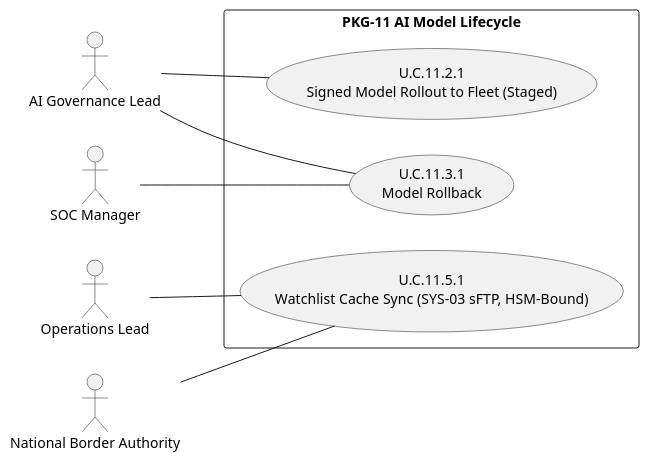
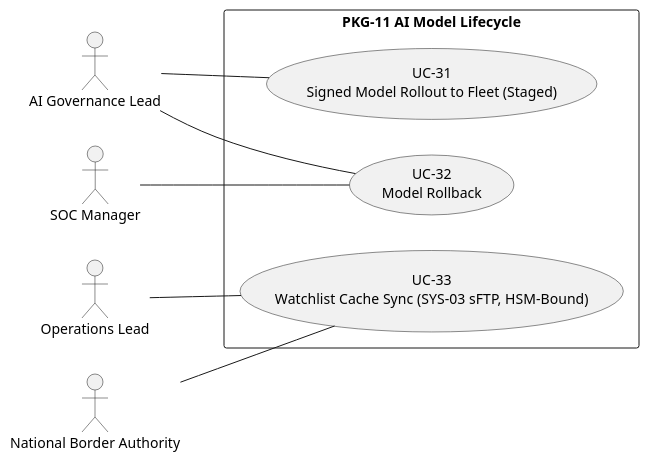
The fifth of 6 diagrams in 02_CASES/Case_02_SecureBorder_Solutions/03_PHASE3_DECOMPOSITION/annexes/A_Use_Case_Diagrams.md (pauloribeiro16/Methodology_compact), drawn with PlantUML before and after one commit. The commit also changed other lines of this file and 22 other files, not shown here.

Commit message:
[EXECUTOR] F3 RENUMBER Case_02: U.C.x flattened → UC-01..36 (compliance 01..15 + product 16..36), two-phase, 12 files, 6 SVGs re-rendered, xlsx regenerated; gates: pre-existing FAILs only, audit 100%, mermaid 192/192, smoke 16/16; 1 missed live ref (Doc23) re-anchored

````diff
--- a/02_CASES/Case_02_SecureBorder_Solutions/03_PHASE3_DECOMPOSITION/annexes/A_Use_Case_Diagrams.md
+++ b/02_CASES/Case_02_SecureBorder_Solutions/03_PHASE3_DECOMPOSITION/annexes/A_Use_Case_Diagrams.md
@@ -280,19 +285,19 @@
 ```plantuml
 @startuml
 left to right direction
 actor "AI Governance Lead" as AIG
 actor "Operations Lead" as OPS
 actor "SOC Manager" as SOC
 actor "National Border Authority" as NBA
 rectangle "PKG-11 AI Model Lifecycle" {
-usecase "U.C.11.2.1\nSigned Model Rollout to Fleet (Staged)" as UC1121
-usecase "U.C.11.3.1\nModel Rollback" as UC1131
-usecase "U.C.11.5.1\nWatchlist Cache Sync (SYS-03 sFTP, HSM-Bound)" as UC1151
+usecase "UC-31\nSigned Model Rollout to Fleet (Staged)" as UC1121
+usecase "UC-32\nModel Rollback" as UC1131
+usecase "UC-33\nWatchlist Cache Sync (SYS-03 sFTP, HSM-Bound)" as UC1151
 }
 AIG -- UC1121
 AIG -- UC1131
 OPS -- UC1151
 SOC -- UC1131
 NBA -- UC1151
 @enduml
 ```
````
